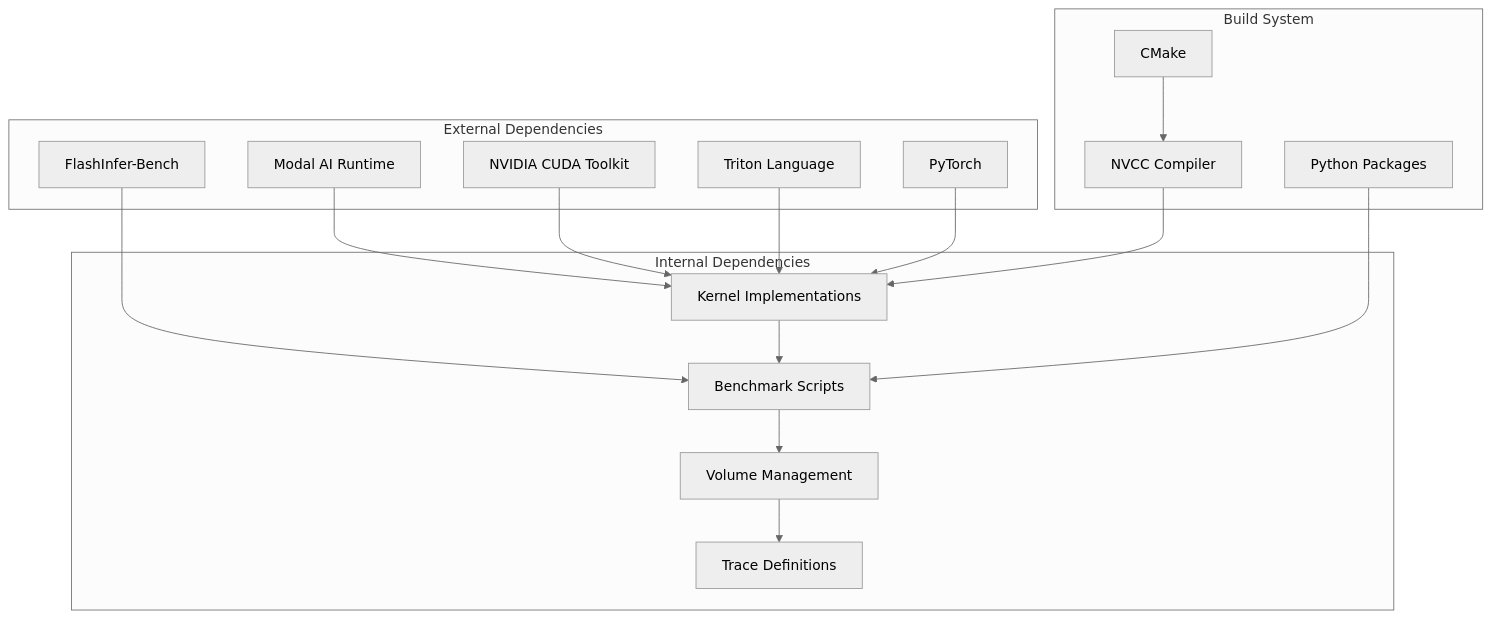
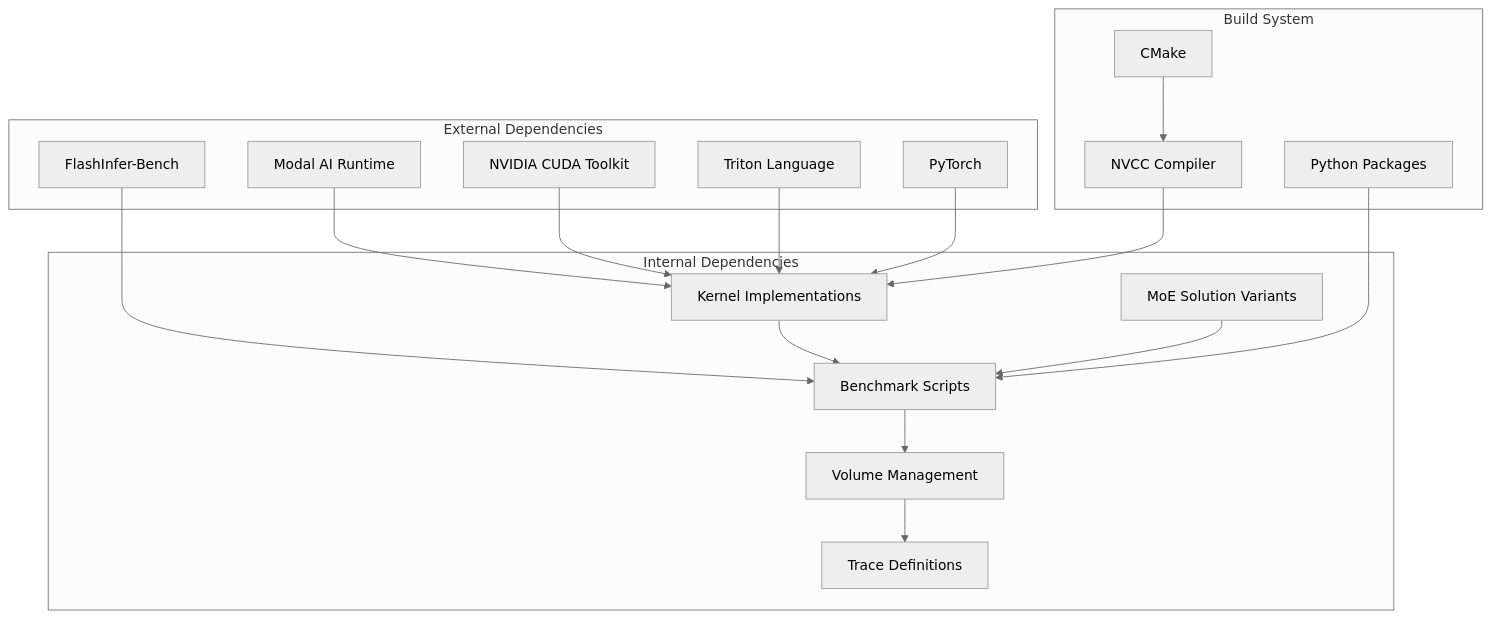
One commit to gugudeshubao/flashinfer-bench-tma-thrust changed the eighth of 8 diagrams in .qoder/repowiki/en/content/Benchmarking Framework/Enhanced Benchmarking Framework.md. Above: the diagram before and after it, drawn with Mermaid (neutral theme). The commit also changed other lines of this file and 10 other files, not shown here.

````diff
--- a/.qoder/repowiki/en/content/Benchmarking Framework/Enhanced Benchmarking Framework.md
+++ b/.qoder/repowiki/en/content/Benchmarking Framework/Enhanced Benchmarking Framework.md
@@ -317,32 +402,34 @@
 ```mermaid
 graph TB
 subgraph "External Dependencies"
 A[Modal AI Runtime]
 B[NVIDIA CUDA Toolkit]
 C[Triton Language]
 D[PyTorch]
 E[FlashInfer-Bench]
 end
 subgraph "Internal Dependencies"
 F[Kernel Implementations]
 G[Benchmark Scripts]
 H[Volume Management]
 I[Trace Definitions]
+J[MoE Solution Variants]
 end
 subgraph "Build System"
-J[CMake]
-K[NVCC Compiler]
-L[Python Packages]
+K[CMake]
+L[NVCC Compiler]
+M[Python Packages]
 end
 A --> F
 B --> F
 C --> F
 D --> F
 E --> G
 F --> G
 G --> H
 H --> I
-J --> K
-K --> F
-L --> G
+J --> G
+K --> L
+L --> F
+M --> G
 ```
````
